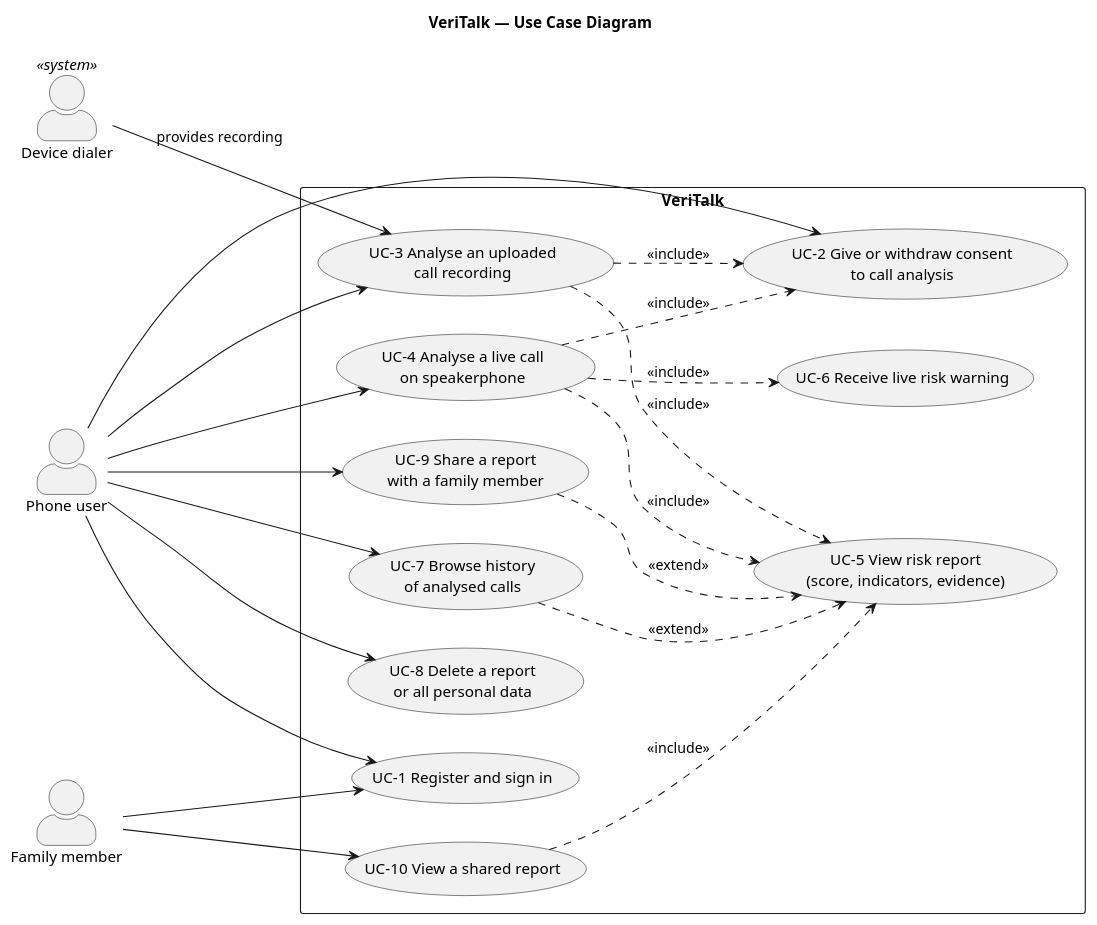
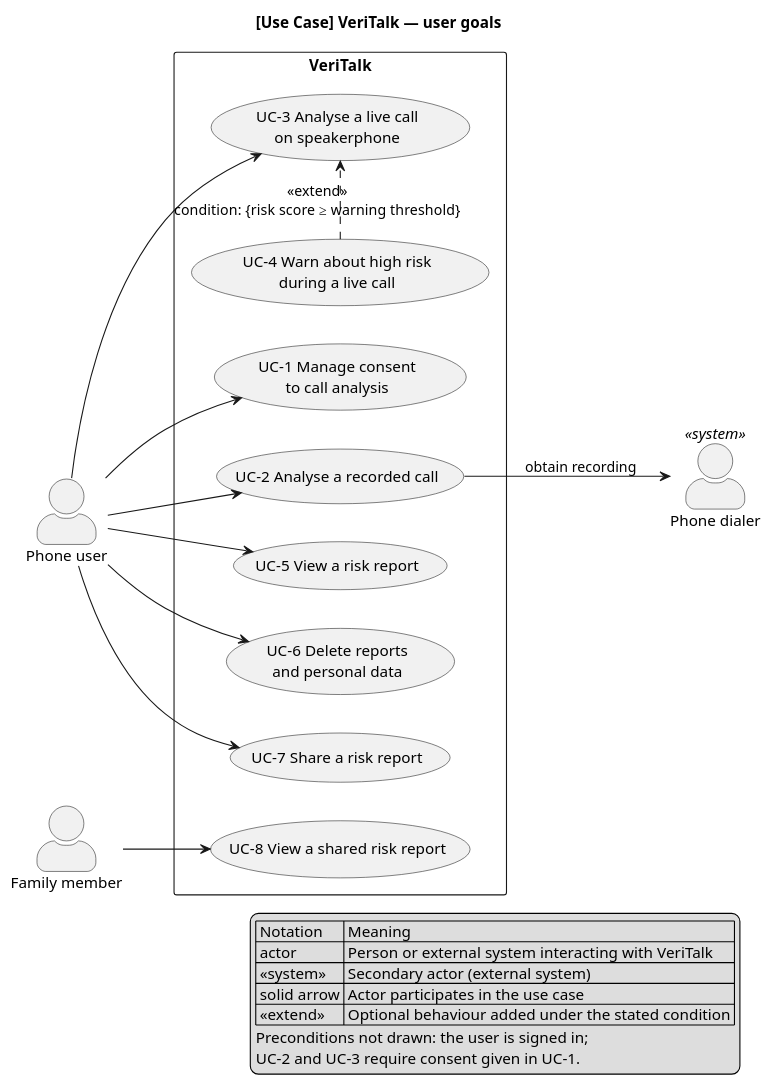
Before and after one commit to NikAlexan/veritalk: the diagram in diagrams/02-use-case.puml, drawn with PlantUML. The commit also changed 12 other files, not shown here.

First line of the commit message:
VRT-8-architecture-diagrams - Revise diagrams to follow C4 and UML guidelines

```diff
--- a/diagrams/02-use-case.puml
+++ b/diagrams/02-use-case.puml
@@ -1,47 +1,49 @@
-@startuml use-case
-' VRT-8: Use case diagram
-' Source of truth for diagrams/02-use-case.svg / .png
+@startuml
+' VRT-8: Use case diagram (UML)
+' User-goal level only. Authentication is a precondition (subfunction), not shown as a use case.
 left to right direction
 skinparam packageStyle rectangle
 skinparam actorStyle awesome
 
-title VeriTalk — Use Case Diagram
+title [Use Case] VeriTalk — user goals
 
 actor "Phone user" as User
 actor "Family member" as Family
-actor "Device dialer" as Dialer <<system>>
+actor "Phone dialer" as Dialer <<system>>
 
 rectangle "VeriTalk" {
-  usecase "UC-1 Register and sign in" as UC1
-  usecase "UC-2 Give or withdraw consent\nto call analysis" as UC2
-  usecase "UC-3 Analyse an uploaded\ncall recording" as UC3
-  usecase "UC-4 Analyse a live call\non speakerphone" as UC4
-  usecase "UC-5 View risk report\n(score, indicators, evidence)" as UC5
-  usecase "UC-6 Receive live risk warning" as UC6
-  usecase "UC-7 Browse history\nof analysed calls" as UC7
-  usecase "UC-8 Delete a report\nor all personal data" as UC8
-  usecase "UC-9 Share a report\nwith a family member" as UC9
-  usecase "UC-10 View a shared report" as UC10
+  usecase "UC-1 Manage consent\nto call analysis" as UC1
+  usecase "UC-2 Analyse a recorded call" as UC2
+  usecase "UC-3 Analyse a live call\non speakerphone" as UC3
+  usecase "UC-4 Warn about high risk\nduring a live call" as UC4
+  usecase "UC-5 View a risk report" as UC5
+  usecase "UC-6 Delete reports\nand personal data" as UC6
+  usecase "UC-7 Share a risk report" as UC7
+  usecase "UC-8 View a shared risk report" as UC8
 }
 
+' Primary actors on the left
 User --> UC1
 User --> UC2
 User --> UC3
-User --> UC4
+User --> UC5
+User --> UC6
 User --> UC7
-User --> UC8
-User --> UC9
-Dialer --> UC3 : provides recording
+Family --> UC8
 
-UC3 ..> UC2 : <<include>>
-UC4 ..> UC2 : <<include>>
-UC3 ..> UC5 : <<include>>
-UC4 ..> UC6 : <<include>>
-UC4 ..> UC5 : <<include>>
-UC7 ..> UC5 : <<extend>>
-UC9 ..> UC5 : <<extend>>
+' Secondary actor on the right: responds to the use case
+UC2 --> Dialer : obtain recording
 
-Family --> UC1
-Family --> UC10
-UC10 ..> UC5 : <<include>>
+' Conditional behaviour
+UC4 .> UC3 : <<extend>>\ncondition: {risk score ≥ warning threshold}
+
+legend right
+  | Notation | Meaning |
+  | actor | Person or external system interacting with VeriTalk |
+  | <<system>> | Secondary actor (external system) |
+  | solid arrow | Actor participates in the use case |
+  | <<extend>> | Optional behaviour added under the stated condition |
+  Preconditions not drawn: the user is signed in;
+  UC-2 and UC-3 require consent given in UC-1.
+endlegend
 @enduml
```
